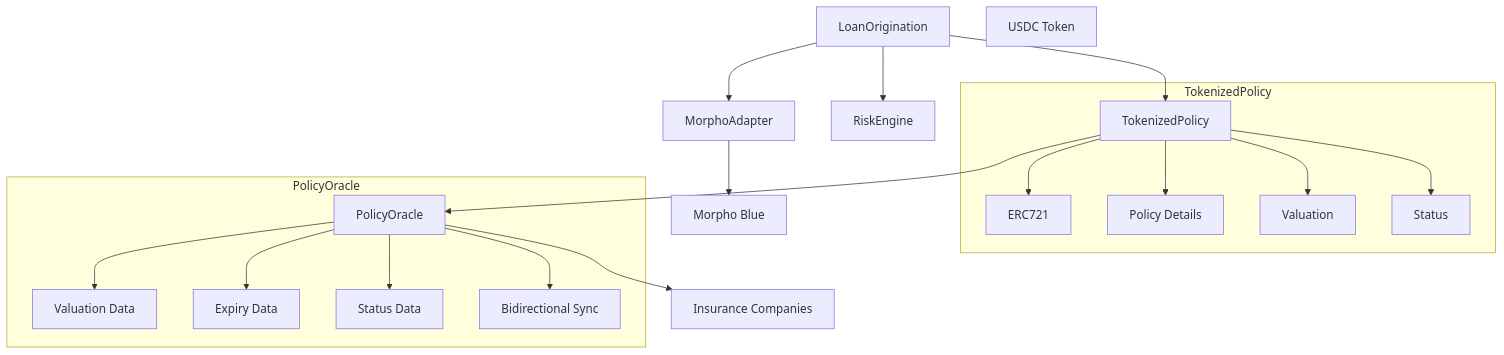
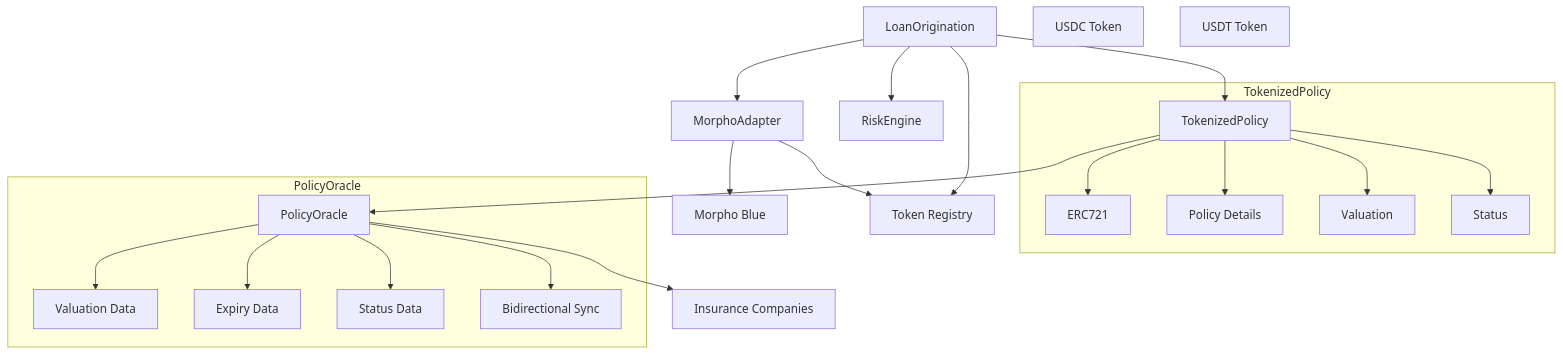
Before and after one commit to williamwxz/quickfi: the diagram in contract/README.md, drawn with Mermaid. The commit also changed other lines of this file and 19 other files, not shown here.

````diff
--- a/contract/README.md
+++ b/contract/README.md
@@ -20,37 +21,41 @@
 ```mermaid
 graph TD
     %% Core Contracts
     LO[LoanOrigination]
     RE[RiskEngine]
     TP[TokenizedPolicy]
     MA[MorphoAdapter]
     PO[PolicyOracle]
 
     %% External Dependencies
     MB[Morpho Blue]
+    TR[Token Registry]
     USDC[USDC Token]
+    USDT[USDT Token]
     IC[Insurance Companies]
 
     %% Contract Dependencies
     LO --> RE
     LO --> MA
     LO --> TP
+    LO --> TR
     PO --> IC
     MA --> MB
+    MA --> TR
     TP --> PO
 
     %% Contract Features
     subgraph TokenizedPolicy
         TP --> NFT[ERC721]
         TP --> POL[Policy Details]
         TP --> VAL[Valuation]
         TP --> STAT[Status]
     end
 
     subgraph PolicyOracle
         PO --> VALDATA[Valuation Data]
         PO --> EXPDATA[Expiry Data]
         PO --> STATDATA[Status Data]
         PO --> SYNC[Bidirectional Sync]
     end
 ```
````
